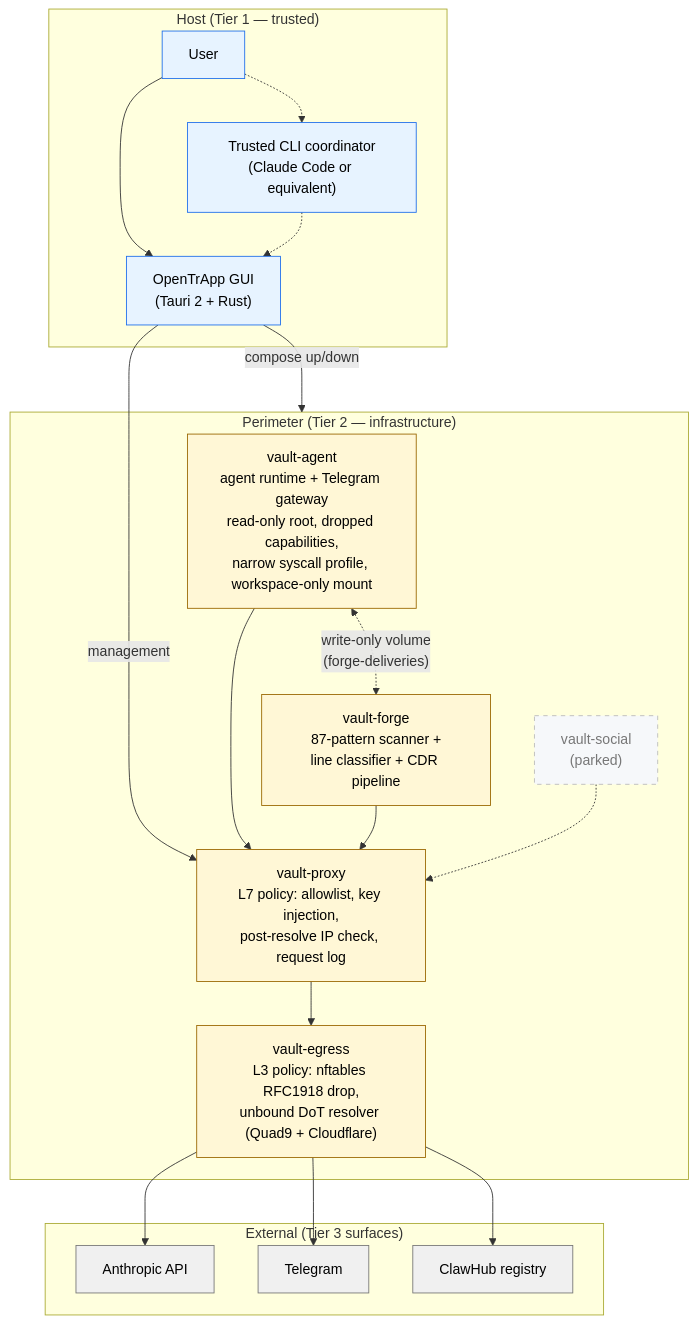
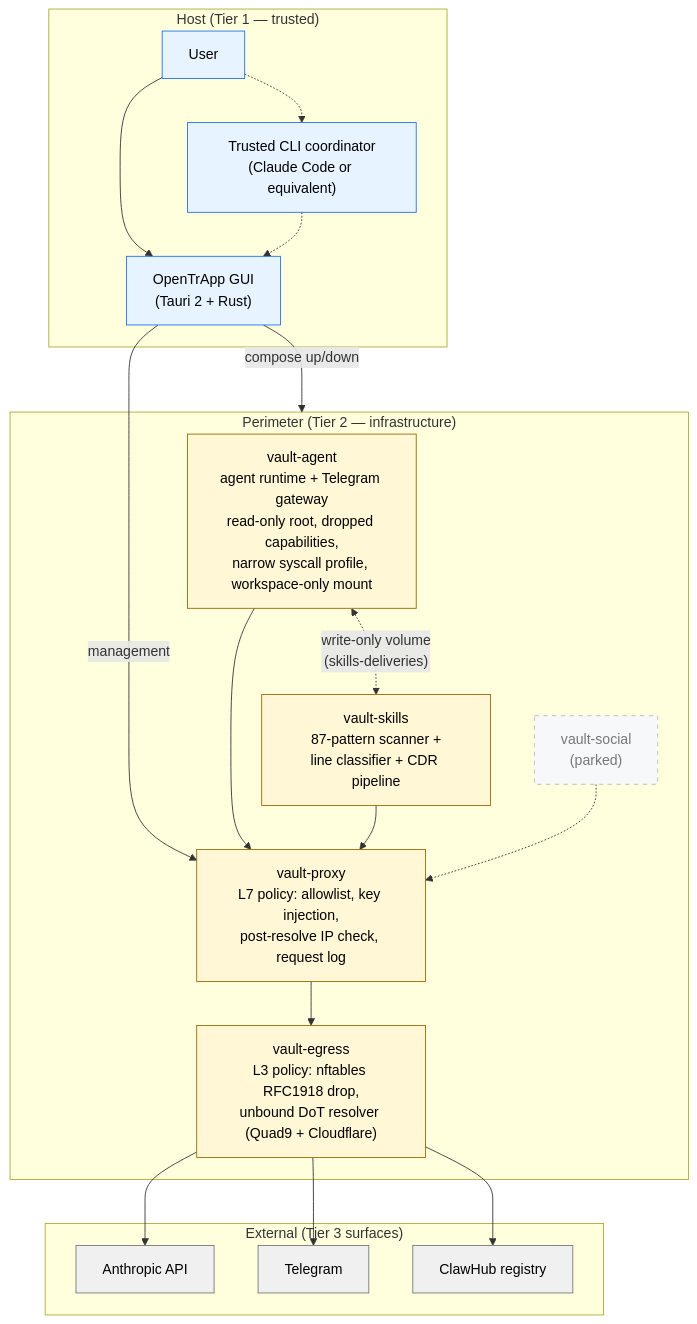
The first of 5 diagrams in docs/diagrams.md (albertdobmeyer/opentrapp), drawn with Mermaid before and after one commit. The commit also changed other lines of this file and 227 other files, not shown here.

First line of the commit message:
refactor(m0): rename forge → skills (v0.6 naming gate)

````diff
--- a/docs/diagrams.md
+++ b/docs/diagrams.md
@@ -17,48 +17,48 @@
 ```mermaid
 flowchart TB
     subgraph HOST["Host (Tier 1 — trusted)"]
         USER[User]
         GUI["OpenTrApp GUI<br/>(Tauri 2 + Rust)"]
         COORD["Trusted CLI coordinator<br/>(Claude Code or equivalent)"]
     end
 
     subgraph PERIMETER["Perimeter (Tier 2 — infrastructure)"]
         AGENT["vault-agent<br/>agent runtime + Telegram gateway<br/>read-only root, dropped capabilities,<br/>narrow syscall profile, workspace-only mount"]
-        FORGE["vault-forge<br/>87-pattern scanner +<br/>line classifier + CDR pipeline"]
+        FORGE["vault-skills<br/>87-pattern scanner +<br/>line classifier + CDR pipeline"]
         PIONEER["vault-social<br/>(parked)"]
         PROXY["vault-proxy<br/>L7 policy: allowlist, key injection,<br/>post-resolve IP check, request log"]
         EGRESS["vault-egress<br/>L3 policy: nftables RFC1918 drop,<br/>unbound DoT resolver (Quad9 + Cloudflare)"]
     end
 
     subgraph EXTERNAL["External (Tier 3 surfaces)"]
         ANTHROPIC[Anthropic API]
         TELEGRAM[Telegram]
         CLAWHUB[ClawHub registry]
     end
 
     USER --> GUI
     USER -.-> COORD
     COORD -.-> GUI
     GUI -->|compose up/down| PERIMETER
     GUI -->|management| PROXY
 
     AGENT --> PROXY
     FORGE --> PROXY
     PIONEER -.-> PROXY
-    AGENT <-.->|"write-only volume<br/>(forge-deliveries)"| FORGE
+    AGENT <-.->|"write-only volume<br/>(skills-deliveries)"| FORGE
 
     PROXY --> EGRESS
     EGRESS --> ANTHROPIC
     EGRESS --> TELEGRAM
     EGRESS --> CLAWHUB
 
     classDef trusted fill:#e7f3ff,stroke:#1f6feb,color:#000
     classDef perim fill:#fff7d6,stroke:#9a6700,color:#000
     classDef parked fill:#f6f8fa,stroke:#bbb,color:#777,stroke-dasharray: 5 5
     classDef external fill:#f0f0f0,stroke:#777,color:#000
 
     class USER,GUI,COORD trusted
     class AGENT,FORGE,PROXY,EGRESS perim
     class PIONEER parked
     class ANTHROPIC,TELEGRAM,CLAWHUB external
 ```
````
